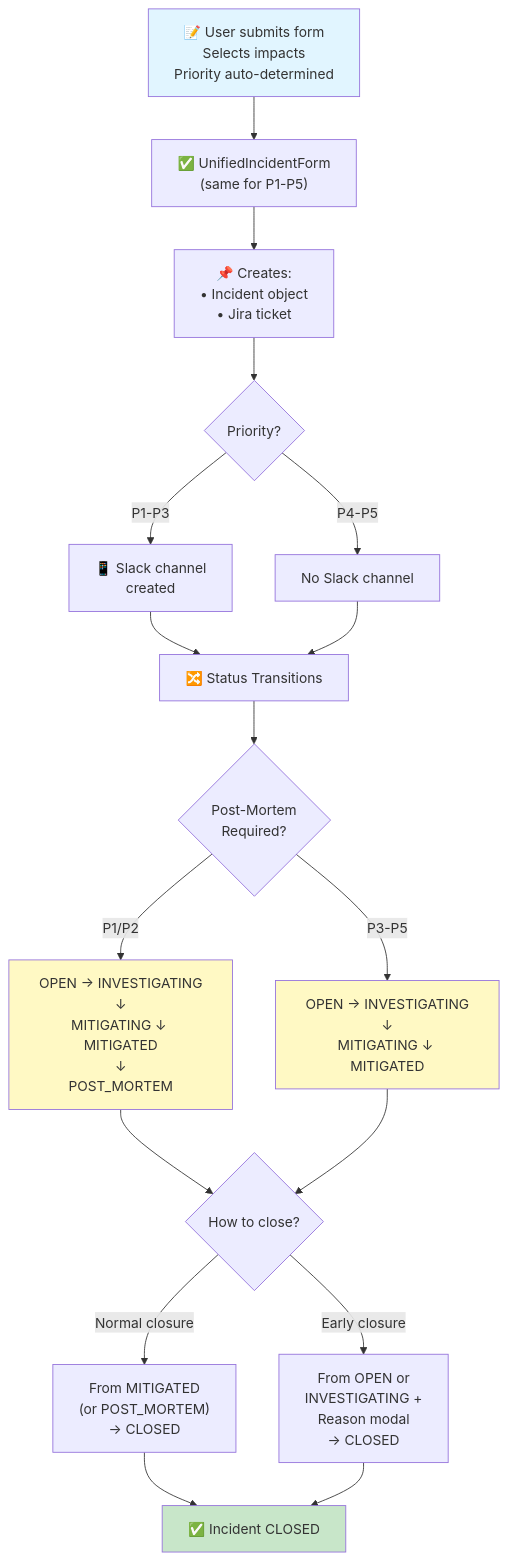
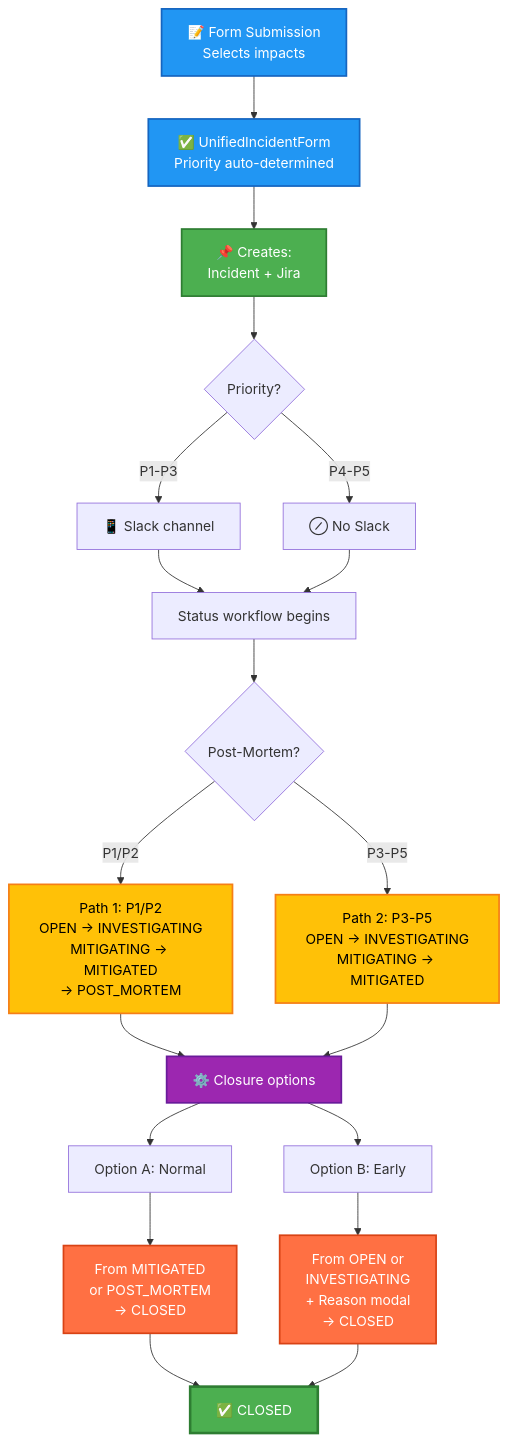
The diagram in docs/architecture/incident-workflow.md (ManoManoTech/firefighter-incident), drawn with Mermaid before and after one commit.

Commit message:
docs: improve workflow diagram readability with better colors and structure
- Enhanced color contrast for better visibility (blue, green, yellow, orange)
- Added white text on dark backgrounds for clarity
- Reorganized closure section with clear options
- Simplified labels for easier comprehension
- Material Design color scheme for consistency

🤖 Generated with Claude Code

````diff
--- a/docs/architecture/incident-workflow.md
+++ b/docs/architecture/incident-workflow.md
@@ -9,31 +9,39 @@
 ```mermaid
 graph TD
-    A["📝 User submits form<br/>Selects impacts<br/>Priority auto-determined"] --> B["✅ UnifiedIncidentForm<br/>(same for P1-P5)"]
+    A["📝 Form Submission<br/>Selects impacts"] --> B["✅ UnifiedIncidentForm<br/>Priority auto-determined"]
 
-    B --> C["📌 Creates:<br/>• Incident object<br/>• Jira ticket"]
+    B --> C["📌 Creates:<br/>Incident + Jira"]
     C --> D{Priority?}
 
-    D -->|P1-P3| E["📱 Slack channel<br/>created"]
-    D -->|P4-P5| F["No Slack channel"]
+    D -->|P1-P3| E["📱 Slack channel"]
+    D -->|P4-P5| F["⊘ No Slack"]
 
-    E --> G["🔀 Status Transitions"]
+    E --> G["Status workflow begins"]
     F --> G
 
-    G --> H{Post-Mortem<br/>Required?}
-    H -->|P1/P2| I["OPEN → INVESTIGATING<br/>↓<br/>MITIGATING ↓ MITIGATED<br/>↓<br/>POST_MORTEM"]
-    H -->|P3-P5| J["OPEN → INVESTIGATING<br/>↓<br/>MITIGATING ↓ MITIGATED"]
+    G --> H{Post-Mortem?}
+    H -->|P1/P2| I["Path 1: P1/P2<br/>OPEN → INVESTIGATING<br/>MITIGATING → MITIGATED<br/>→ POST_MORTEM"]
+    H -->|P3-P5| J["Path 2: P3-P5<br/>OPEN → INVESTIGATING<br/>MITIGATING → MITIGATED"]
 
-    I --> K{How to close?}
+    I --> K["⚙️ Closure options"]
     J --> K
 
-    K -->|Normal closure| L["From MITIGATED<br/>(or POST_MORTEM)<br/>→ CLOSED"]
-    K -->|Early closure| M["From OPEN or<br/>INVESTIGATING +<br/>Reason modal<br/>→ CLOSED"]
+    K --> L["Option A: Normal"]
+    K --> M["Option B: Early"]
 
-    L --> N["✅ Incident CLOSED"]
-    M --> N
+    L --> L1["From MITIGATED<br/>or POST_MORTEM<br/>→ CLOSED"]
+    M --> M1["From OPEN or<br/>INVESTIGATING<br/>+ Reason modal<br/>→ CLOSED"]
 
-    style A fill:#e1f5ff
-    style N fill:#c8e6c9
-    style I fill:#fff9c4
-    style J fill:#fff9c4
+    L1 --> O["✅ CLOSED"]
+    M1 --> O
+
+    style A fill:#2196F3,stroke:#1565C0,stroke-width:2px,color:#fff
+    style B fill:#2196F3,stroke:#1565C0,stroke-width:2px,color:#fff
+    style C fill:#4CAF50,stroke:#2E7D32,stroke-width:2px,color:#fff
+    style I fill:#FFC107,stroke:#F57F17,stroke-width:2px,color:#000
+    style J fill:#FFC107,stroke:#F57F17,stroke-width:2px,color:#000
+    style L1 fill:#FF7043,stroke:#D84315,stroke-width:2px,color:#fff
+    style M1 fill:#FF7043,stroke:#D84315,stroke-width:2px,color:#fff
+    style O fill:#4CAF50,stroke:#2E7D32,stroke-width:3px,color:#fff
+    style K fill:#9C27B0,stroke:#6A1B9A,stroke-width:2px,color:#fff
 ```
````
